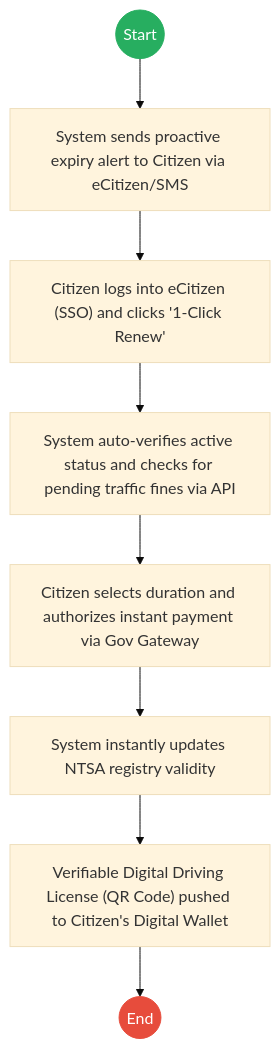
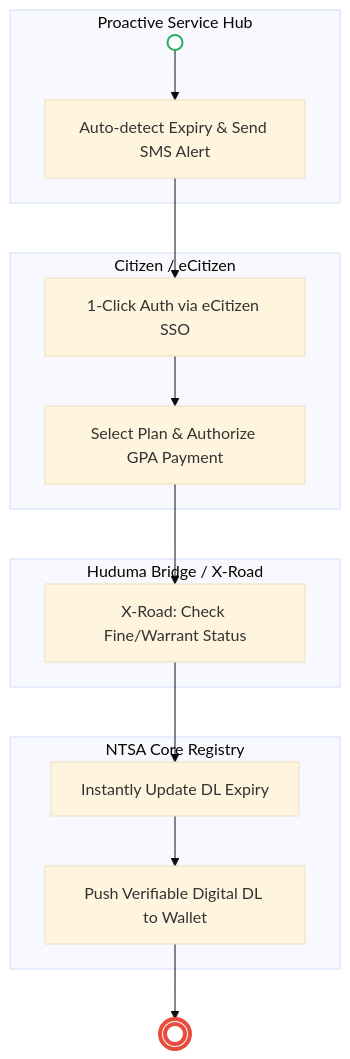
One commit to BITZ-IT-Consulting-LTD/ictapoc changed the second of 2 diagrams in mdas/docs_final/NATIONAL_TRANSPORT_AND_SAFETY_AUTHORITY_NTSA____Driving_License_Renewal.md. Above: the diagram before and after it, drawn with Mermaid (base theme). The commit also changed other lines of this file and 13 other files, not shown here.

````diff
--- a/mdas/docs_final/NATIONAL_TRANSPORT_AND_SAFETY_AUTHORITY_NTSA____Driving_License_Renewal.md
+++ b/mdas/docs_final/NATIONAL_TRANSPORT_AND_SAFETY_AUTHORITY_NTSA____Driving_License_Renewal.md
@@ -97,15 +93,25 @@
 ```mermaid
-graph TD
-    Start((Start)) --> T1
-    T1["System sends proactive expiry alert to Citizen via eCitizen/SMS"] --> T2
-    T2["Citizen logs into eCitizen (SSO) and clicks '1-Click Renew'"] --> T3
-    T3["System auto-verifies active status and checks for pending traffic fines via API"] --> T4
-    T4["Citizen selects duration and authorizes instant payment via Gov Gateway"] --> T5
-    T5["System instantly updates NTSA registry validity"] --> T6
-    T6["Verifiable Digital Driving License (QR Code) pushed to Citizen's Digital Wallet"] --> End((End))
+flowchart TD
+    subgraph System["Proactive Service Hub"]
+        Start(( )) --> S1[Auto-detect Expiry & Send SMS Alert]
+    end
 
-    classDef start fill:#27ae60,stroke:#27ae60,color:#fff;
-    classDef endNode fill:#e74c3c,stroke:#e74c3c,color:#fff;
-    class Start start;
-    class End endNode;
+    subgraph Citizen["Citizen / eCitizen"]
+        S1 --> T1[1-Click Auth via eCitizen SSO]
+        T1 --> T2[Select Plan & Authorize GPA Payment]
+    end
+
+    subgraph Hub["Huduma Bridge / X-Road"]
+        T2 --> H1[X-Road: Check Fine/Warrant Status]
+    end
+
+    subgraph NTSA["NTSA Core Registry"]
+        H1 --> N1[Instantly Update DL Expiry]
+        N1 --> N2[Push Verifiable Digital DL to Wallet]
+    end
+
+    N2 --> End((( )))
+
+    style Start fill:#fff,stroke:#27ae60,stroke-width:2px
+    style End fill:#fff,stroke:#e74c3c,stroke-width:4px
 ```
````
